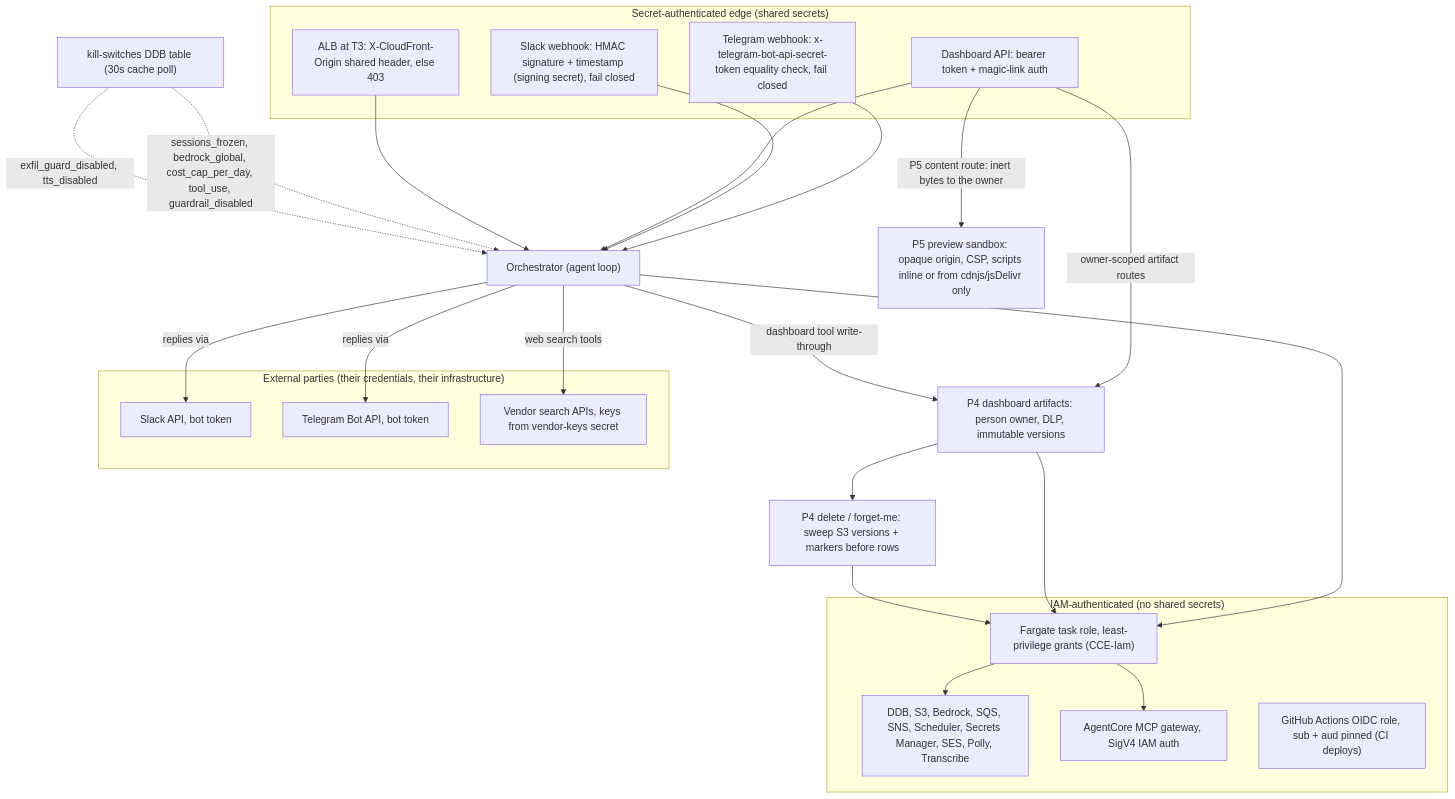
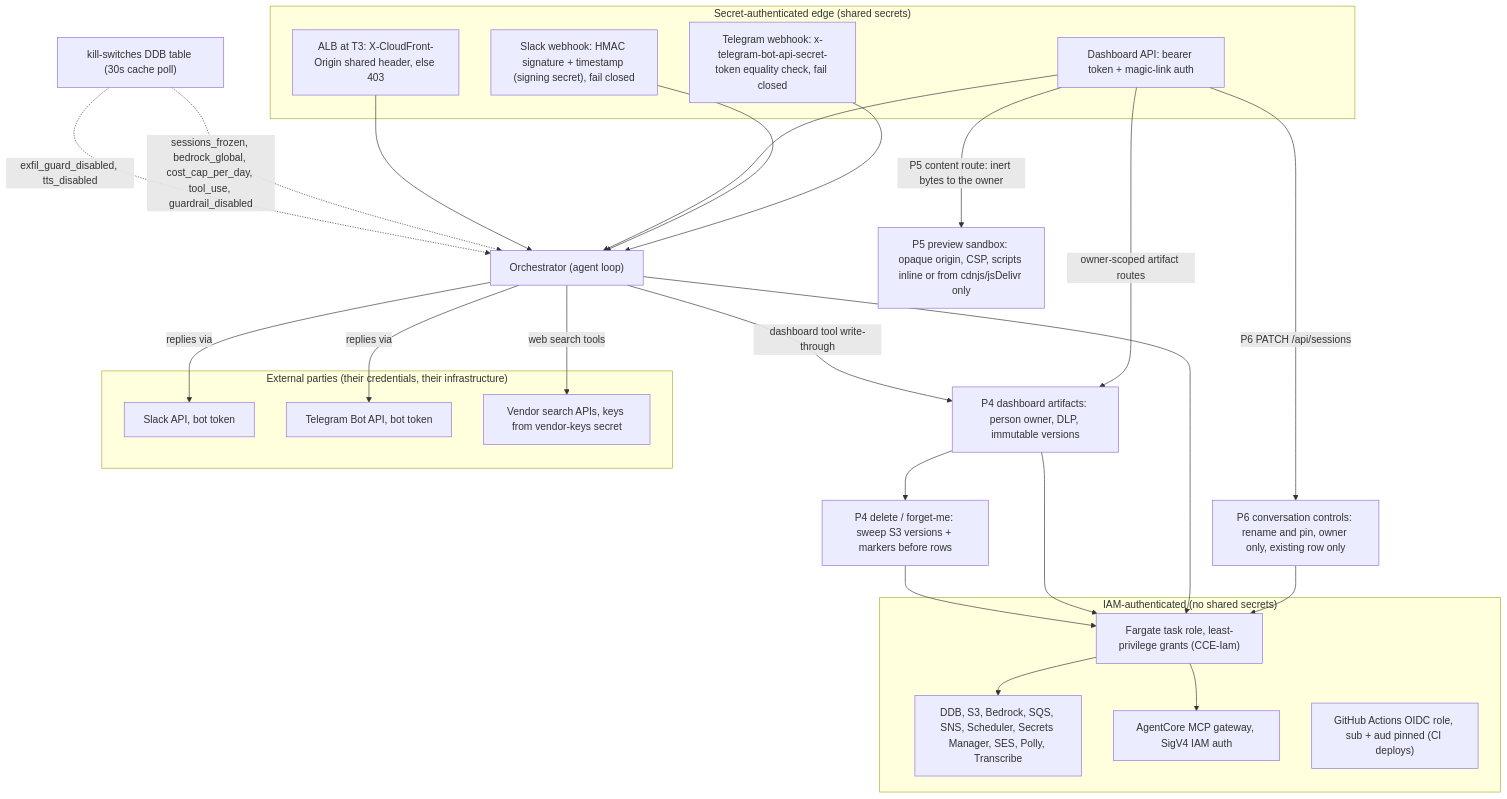
The diagram in docs/diagrams/architecture-security.md (Adams-Captial-Holdings-Ltd/Netzer-Labs), drawn with Mermaid before and after one commit. The commit also changed other lines of this file and 3 other files, not shown here.

First line of the commit message:
docs: P6 parity notes on Telegram and Slack, and the two mapped diagrams

````diff
--- a/docs/diagrams/architecture-security.md
+++ b/docs/diagrams/architecture-security.md
@@ -21,47 +22,50 @@
 ```mermaid
 flowchart TD
   subgraph secretauth["Secret-authenticated edge (shared secrets)"]
     TGCHECK["Telegram webhook: x-telegram-bot-api-secret-token equality check, fail closed"]
     SLACKCHECK["Slack webhook: HMAC signature + timestamp (signing secret), fail closed"]
     DASHCHECK["Dashboard API: bearer token + magic-link auth"]
     CFCHECK["ALB at T3: X-CloudFront-Origin shared header, else 403"]
   end
 
   subgraph iamauth["IAM-authenticated (no shared secrets)"]
     TASKROLE["Fargate task role, least-privilege grants (CCE-Iam)"]
     AWSSVCS["DDB, S3, Bedrock, SQS, SNS, Scheduler, Secrets Manager, SES, Polly, Transcribe"]
     MCPGW["AgentCore MCP gateway, SigV4 IAM auth"]
     OIDC["GitHub Actions OIDC role, sub + aud pinned (CI deploys)"]
     TASKROLE --> AWSSVCS
     TASKROLE --> MCPGW
   end
 
   subgraph externals["External parties (their credentials, their infrastructure)"]
     SLACKAPI["Slack API, bot token"]
     TGAPI["Telegram Bot API, bot token"]
     VENDORS["Vendor search APIs, keys from vendor-keys secret"]
   end
 
   ORCH["Orchestrator (agent loop)"]
   ARTIFACT["P4 dashboard artifacts: person owner, DLP, immutable versions"]
   ERASE["P4 delete / forget-me: sweep S3 versions + markers before rows"]
   PREVIEW["P5 preview sandbox: opaque origin, CSP, scripts inline or from cdnjs/jsDelivr only"]
+  P6META["P6 conversation controls: rename and pin, owner only, existing row only"]
   TGCHECK --> ORCH
   SLACKCHECK --> ORCH
   DASHCHECK --> ORCH
+  DASHCHECK -->|"P6 PATCH /api/sessions"| P6META
+  P6META --> TASKROLE
   CFCHECK --> ORCH
   ORCH --> TASKROLE
   DASHCHECK -->|"owner-scoped artifact routes"| ARTIFACT
   ORCH -->|"dashboard tool write-through"| ARTIFACT
   ARTIFACT --> TASKROLE
   ARTIFACT --> ERASE
   ERASE --> TASKROLE
   DASHCHECK -->|"P5 content route: inert bytes to the owner"| PREVIEW
   ORCH -->|"replies via"| SLACKAPI
   ORCH -->|"replies via"| TGAPI
   ORCH -->|"web search tools"| VENDORS
 
   KILLS["kill-switches DDB table (30s cache poll)"]
   KILLS -.->|"sessions_frozen, bedrock_global, cost_cap_per_day, tool_use, guardrail_disabled"| ORCH
   KILLS -.->|"exfil_guard_disabled, tts_disabled"| ORCH
 ```
````
